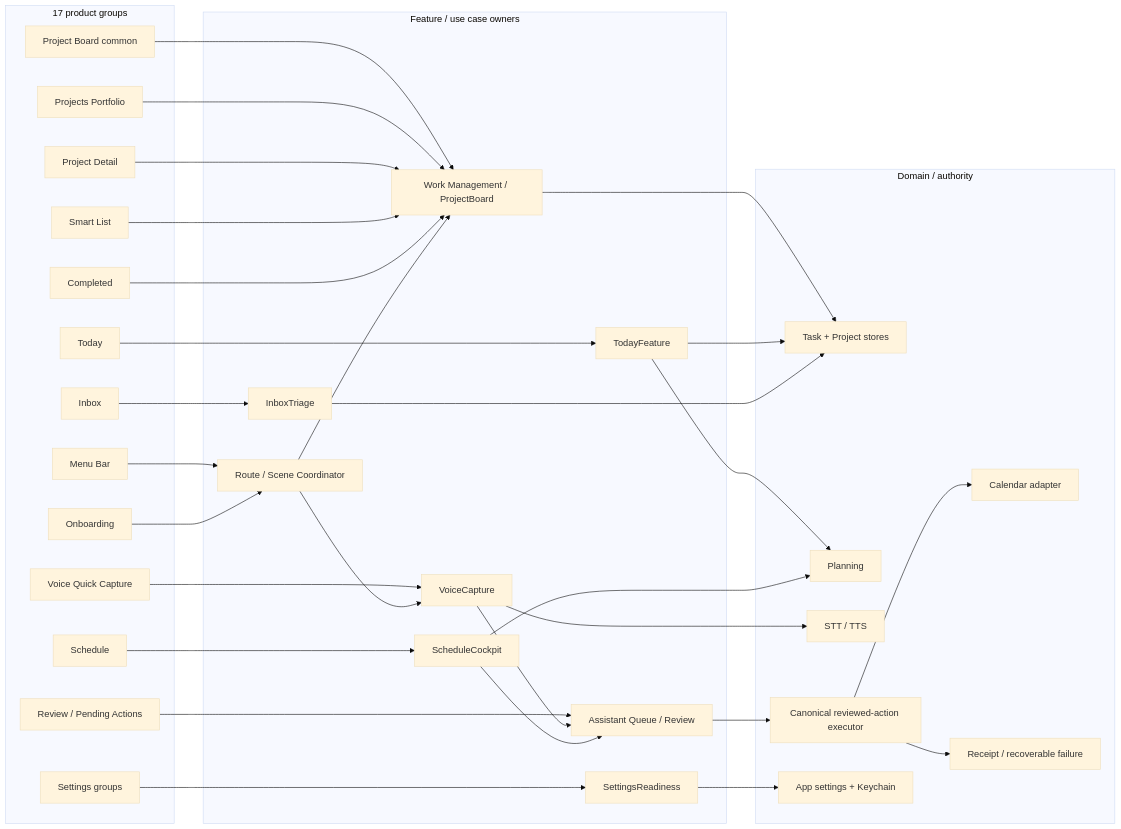
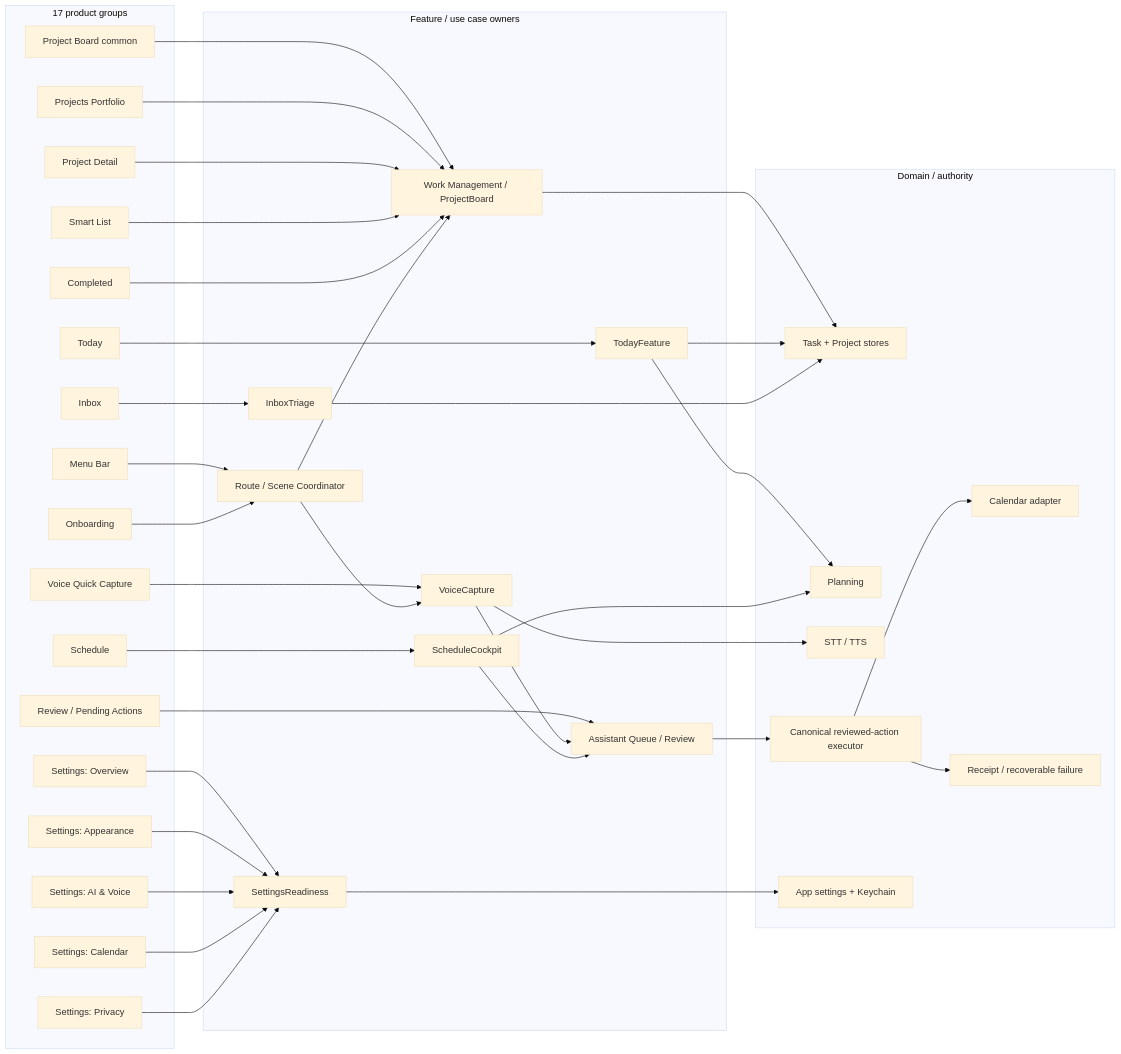
The fourth of 4 diagrams in docs/ux/information-architecture.md (albert-einshutoin/Suisui), drawn with Mermaid (base theme) before and after one commit.

Commit message:
docs(product): keep Mermaid at 17-group granularity

````diff
--- a/docs/ux/information-architecture.md
+++ b/docs/ux/information-architecture.md
@@ -244,68 +244,76 @@
 ```mermaid
 flowchart LR
   subgraph UI["17 product groups"]
     Board["Project Board common"]
     Today[Today]
     Inbox[Inbox]
     Projects["Projects Portfolio"]
     Detail["Project Detail"]
     Smart["Smart List"]
     Schedule[Schedule]
     Done[Completed]
     Review["Review / Pending Actions"]
     Voice["Voice Quick Capture"]
-    Settings["Settings groups"]
+    SettingsOverview["Settings: Overview"]
+    SettingsAppearance["Settings: Appearance"]
+    SettingsAI["Settings: AI & Voice"]
+    SettingsCalendar["Settings: Calendar"]
+    SettingsPrivacy["Settings: Privacy"]
     Menu["Menu Bar"]
     Onboarding[Onboarding]
   end
 
   subgraph Feature["Feature / use case owners"]
     WorkF["Work Management / ProjectBoard"]
     TodayF[TodayFeature]
     InboxF[InboxTriage]
     ReviewF["Assistant Queue / Review"]
     VoiceF[VoiceCapture]
     ScheduleF[ScheduleCockpit]
     SettingsF[SettingsReadiness]
     RouteF["Route / Scene Coordinator"]
   end
 
   subgraph Domain["Domain / authority"]
     Work["Task + Project stores"]
     Planning[Planning]
     Speech["STT / TTS"]
     Execution["Canonical reviewed-action executor"]
     Calendar["Calendar adapter"]
     Receipt["Receipt / recoverable failure"]
     Preferences["App settings + Keychain"]
   end
 
   Board --> WorkF
   Today --> TodayF
   Inbox --> InboxF
   Projects --> WorkF
   Detail --> WorkF
   Smart --> WorkF
   Schedule --> ScheduleF
   Done --> WorkF
   Review --> ReviewF
   Voice --> VoiceF
-  Settings --> SettingsF
+  SettingsOverview --> SettingsF
+  SettingsAppearance --> SettingsF
+  SettingsAI --> SettingsF
+  SettingsCalendar --> SettingsF
+  SettingsPrivacy --> SettingsF
   Menu --> RouteF
   Onboarding --> RouteF
 
   WorkF --> Work
   TodayF --> Work
   TodayF --> Planning
   InboxF --> Work
   ReviewF --> Execution
   VoiceF --> Speech
   VoiceF --> ReviewF
   ScheduleF --> Planning
   ScheduleF --> ReviewF
   Execution --> Calendar
   Execution --> Receipt
   SettingsF --> Preferences
   RouteF --> WorkF
   RouteF --> VoiceF
 ```
````
